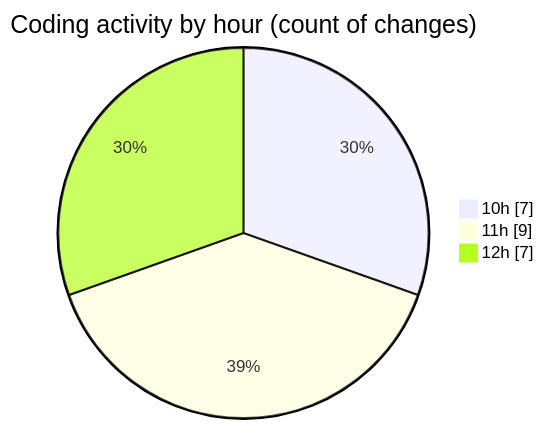
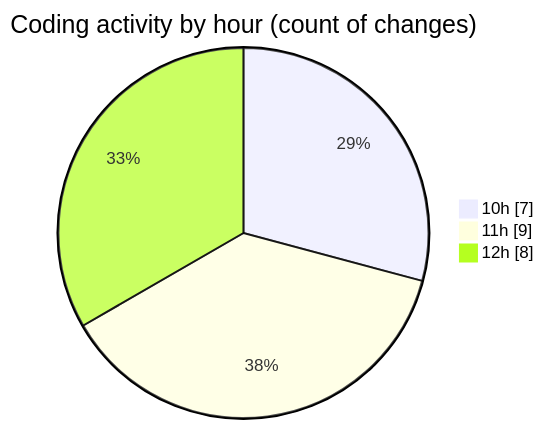
One commit to nxtqubesakshisongat/code-tracking changed the second of 2 diagrams in 2026-02-10/nxtqube_webapp/README.md. Above: the diagram before and after it, drawn with Mermaid. The commit also changed other lines of this file and 1 other file, not shown here.

````diff
--- a/2026-02-10/nxtqube_webapp/README.md
+++ b/2026-02-10/nxtqube_webapp/README.md
@@ -29,7 +30,7 @@
 ```mermaid
 pie showData
 title Coding activity by hour (count of changes)
 "10h" : 7
 "11h" : 9
-"12h" : 7
+"12h" : 8
 ```
````
